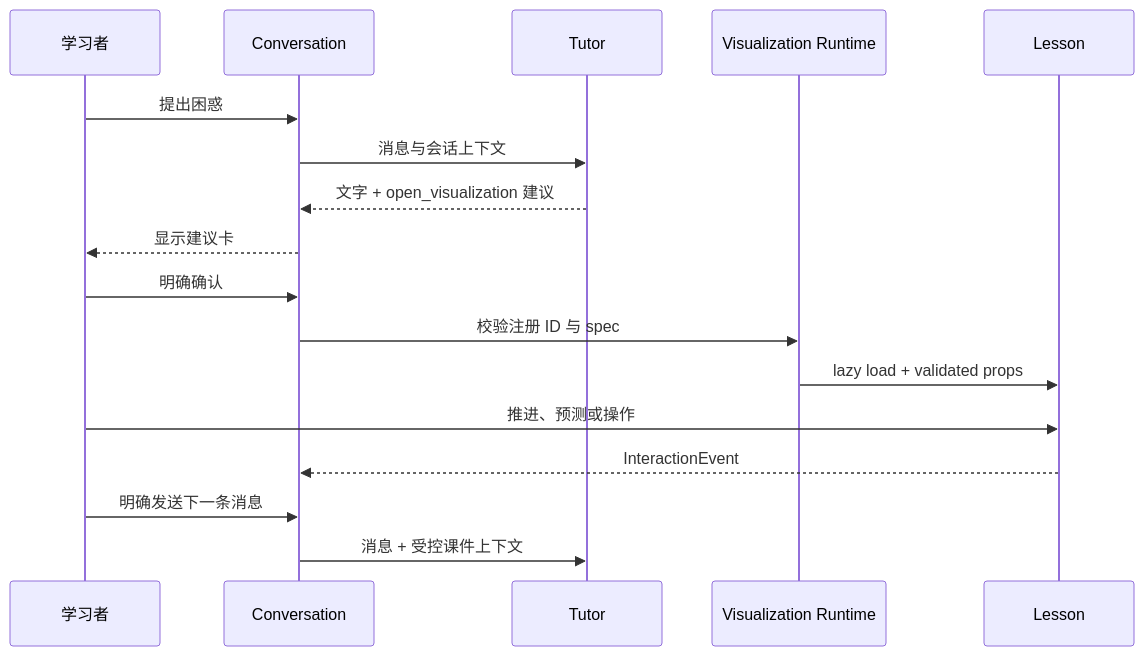
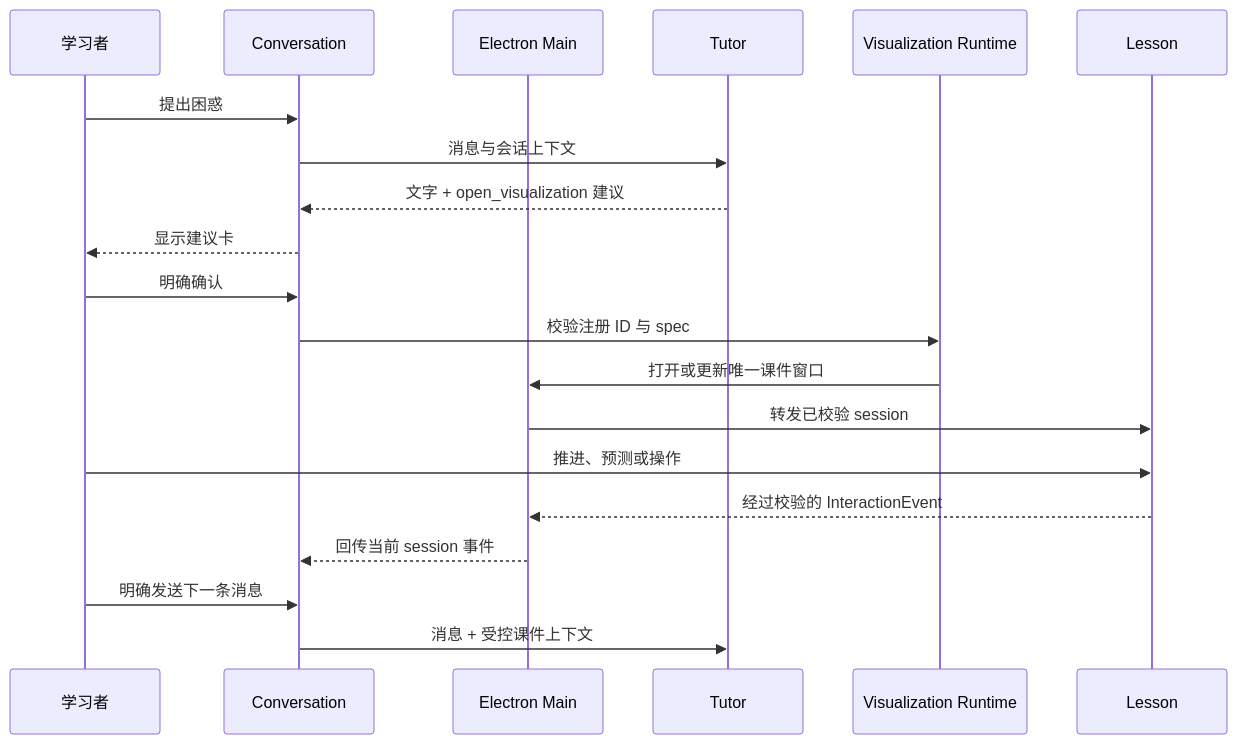
One commit to umico8832/AiStu changed the fourth of 5 diagrams in docs/ARCHITECTURE.md. Above: the diagram before and after it, drawn with Mermaid. The commit also changed other lines of this file and 57 other files, not shown here.

````diff
--- a/docs/ARCHITECTURE.md
+++ b/docs/ARCHITECTURE.md
@@ -211,20 +213,23 @@
 ```mermaid
 sequenceDiagram
     participant U as 学习者
     participant C as Conversation
+    participant M as Electron Main
     participant T as Tutor
     participant V as Visualization Runtime
     participant L as Lesson
 
     U->>C: 提出困惑
     C->>T: 消息与会话上下文
     T-->>C: 文字 + open_visualization 建议
     C-->>U: 显示建议卡
     U->>C: 明确确认
     C->>V: 校验注册 ID 与 spec
-    V->>L: lazy load + validated props
+    V->>M: 打开或更新唯一课件窗口
+    M->>L: 转发已校验 session
     U->>L: 推进、预测或操作
-    L-->>C: InteractionEvent
+    L-->>M: 经过校验的 InteractionEvent
+    M-->>C: 回传当前 session 事件
     U->>C: 明确发送下一条消息
     C->>T: 消息 + 受控课件上下文
 ```
````
